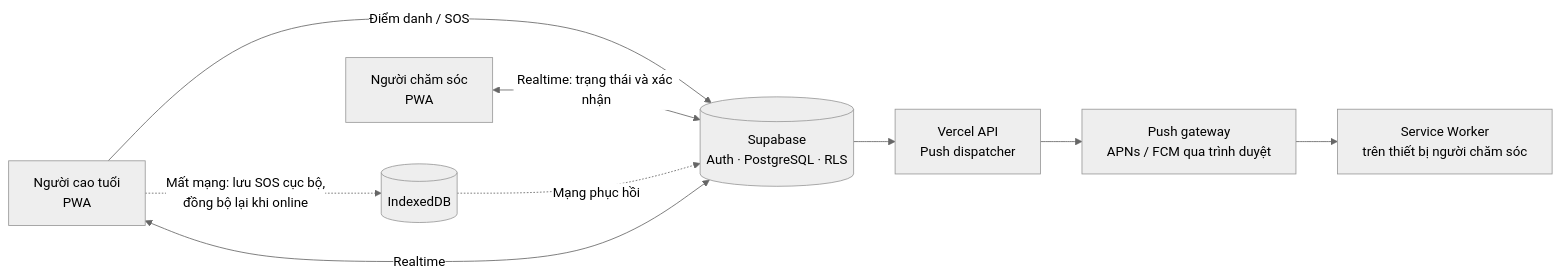
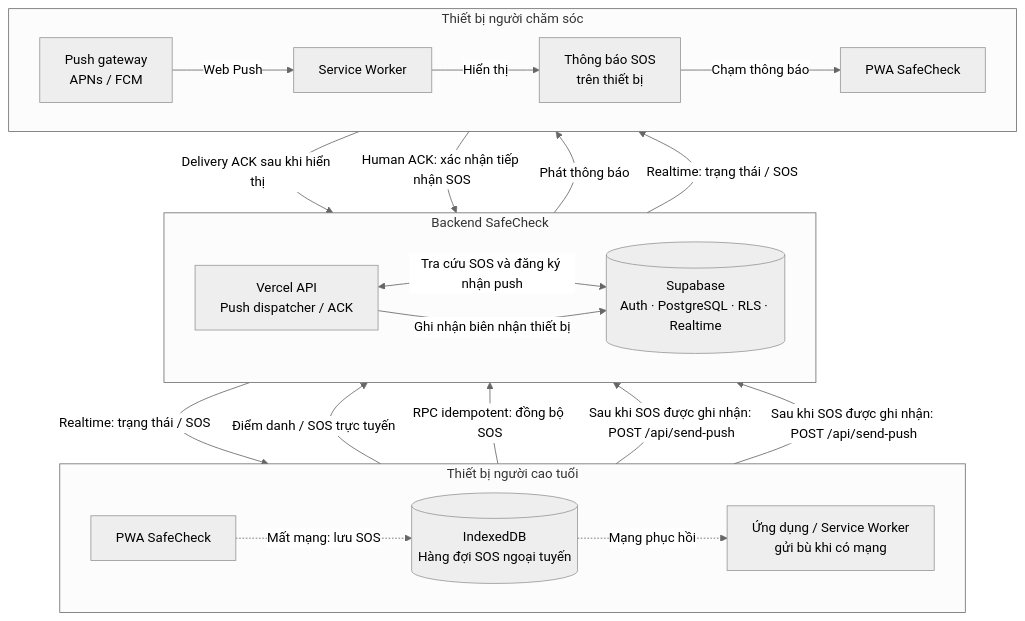
The diagram in README.md (pht1412/SafeCheck-App), drawn with Mermaid (neutral theme) before and after one commit.

Commit message:
docs: clarify offline SOS and push delivery flow

````diff
--- a/README.md
+++ b/README.md
@@ -56,11 +56,40 @@
 ```mermaid
-flowchart LR
-    E[Người cao tuổi<br/>PWA] -->|Điểm danh / SOS| DB[(Supabase<br/>Auth · PostgreSQL · RLS)]
-    C[Người chăm sóc<br/>PWA] <-->|Realtime: trạng thái và xác nhận| DB
-    DB <-->|Realtime| E
-    DB --> API[Vercel API<br/>Push dispatcher]
-    API --> GW[Push gateway<br/>APNs / FCM qua trình duyệt]
-    GW --> SW[Service Worker<br/>trên thiết bị người chăm sóc]
-    E -.->|Mất mạng: lưu SOS cục bộ,<br/>đồng bộ lại khi online| Q[(IndexedDB)]
-    Q -.->|Mạng phục hồi| DB
+flowchart TB
+    subgraph ELDERLY["Thiết bị người cao tuổi"]
+        direction LR
+        E["PWA SafeCheck"]
+        Q[("IndexedDB<br/>Hàng đợi SOS ngoại tuyến")]
+        R["Ứng dụng / Service Worker<br/>gửi bù khi có mạng"]
+        E -.->|"Mất mạng: lưu SOS"| Q
+        Q -.->|"Mạng phục hồi"| R
+    end
+
+    subgraph BACKEND["Backend SafeCheck"]
+        direction LR
+        DB[("Supabase<br/>Auth · PostgreSQL · RLS · Realtime")]
+        API["Vercel API<br/>Push dispatcher / ACK"]
+    end
+
+    subgraph CAREGIVER["Thiết bị người chăm sóc"]
+        direction LR
+        GW["Push gateway<br/>APNs / FCM"]
+        SW["Service Worker"]
+        N["Thông báo SOS<br/>trên thiết bị"]
+        C["PWA SafeCheck"]
+        GW -->|"Web Push"| SW
+        SW -->|"Hiển thị"| N
+        N -->|"Chạm thông báo"| C
+    end
+
+    E -->|"Điểm danh / SOS trực tuyến"| DB
+    R -->|"RPC idempotent: đồng bộ SOS"| DB
+    E -->|"Sau khi SOS được ghi nhận: POST /api/send-push"| API
+    R -->|"Sau khi SOS được ghi nhận: POST /api/send-push"| API
+    API <-->|"Tra cứu SOS và đăng ký nhận push"| DB
+    API -->|"Phát thông báo"| GW
+    SW -->|"Delivery ACK sau khi hiển thị"| API
+    API -->|"Ghi nhận biên nhận thiết bị"| DB
+    C -->|"Human ACK: xác nhận tiếp nhận SOS"| DB
+    DB -->|"Realtime: trạng thái / SOS"| C
+    DB -->|"Realtime: trạng thái / SOS"| E
 ```
````
